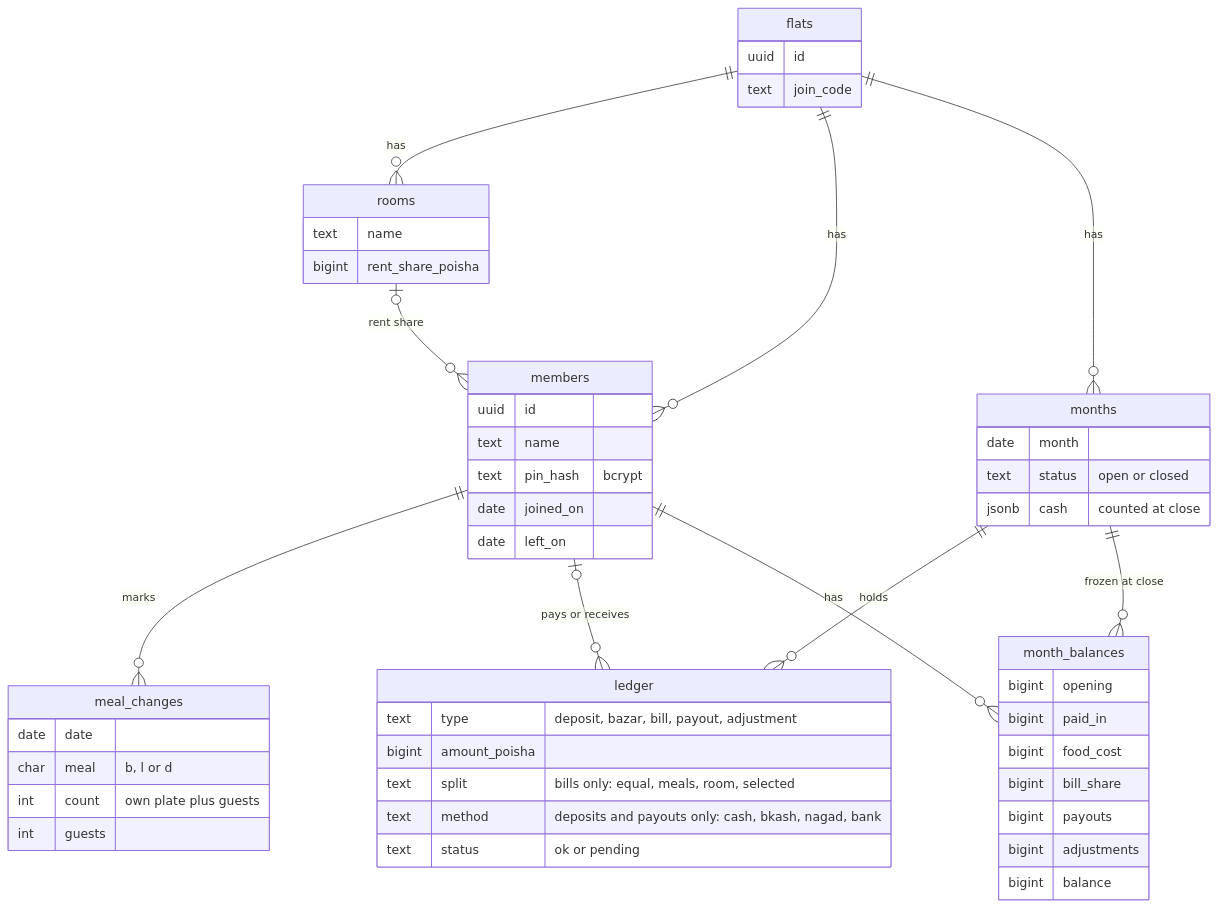
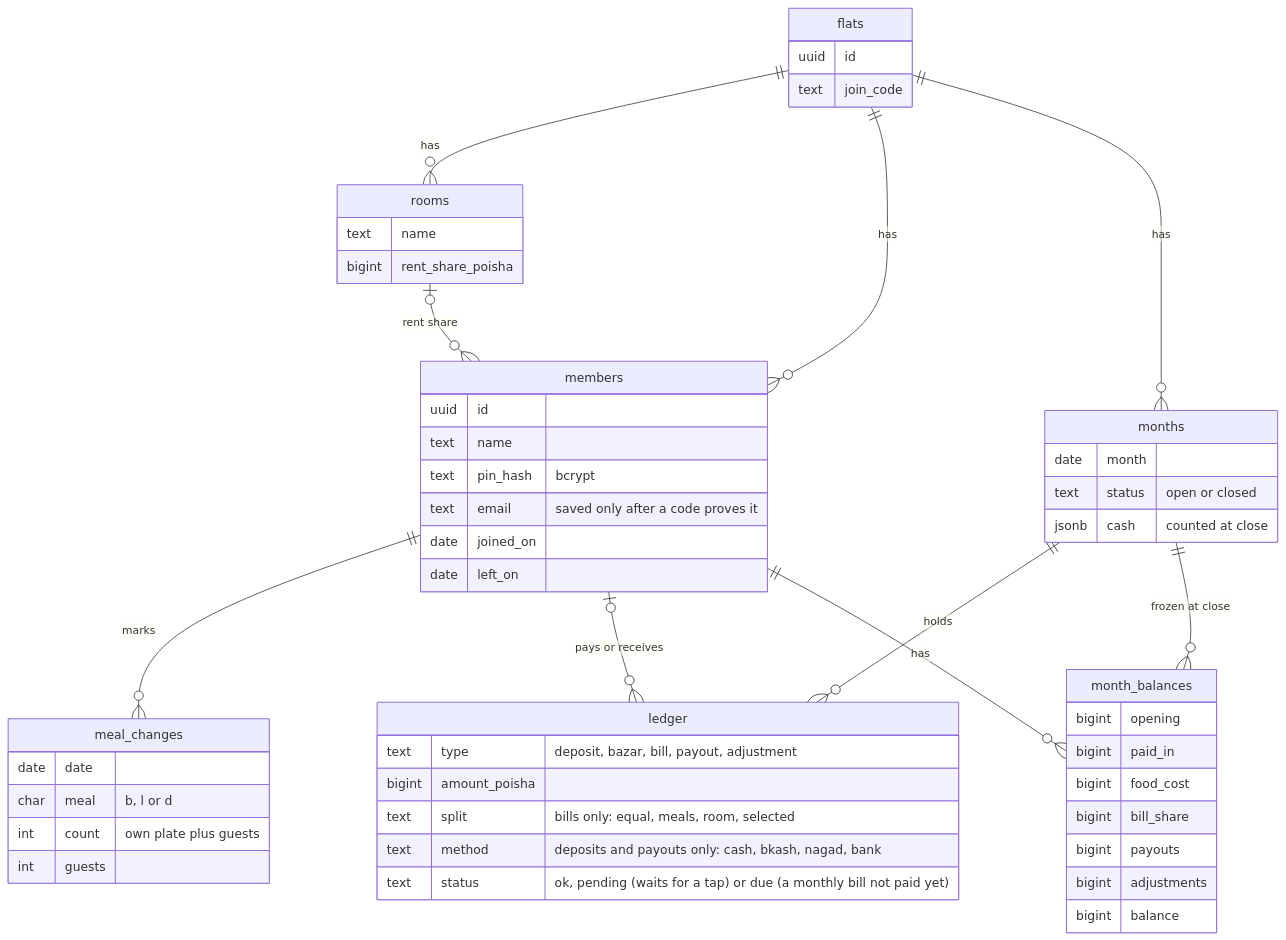
One commit to 07fahim/bashabook changed the second of 3 diagrams in README.md. Above: the diagram before and after it, drawn with Mermaid. The commit also changed other lines of this file, not shown here.

Commit message:
README: email sign-in and recovery, bazar checks, due bills, live updates, bell, reminders mute, env and limits

````diff
--- a/README.md
+++ b/README.md
@@ -77,54 +79,55 @@
 ```mermaid
 erDiagram
   flats ||--o{ rooms : has
   flats ||--o{ members : has
   flats ||--o{ months : has
   rooms |o--o{ members : "rent share"
   members ||--o{ meal_changes : marks
   months ||--o{ ledger : holds
   members |o--o{ ledger : "pays or receives"
   months ||--o{ month_balances : "frozen at close"
   members ||--o{ month_balances : has
   flats {
     uuid id
     text join_code
   }
   rooms {
     text name
     bigint rent_share_poisha
   }
   members {
     uuid id
     text name
     text pin_hash "bcrypt"
+    text email "saved only after a code proves it"
     date joined_on
     date left_on
   }
   meal_changes {
     date date
     char meal "b, l or d"
     int count "own plate plus guests"
     int guests
   }
   months {
     date month
     text status "open or closed"
     jsonb cash "counted at close"
   }
   ledger {
     text type "deposit, bazar, bill, payout, adjustment"
     bigint amount_poisha
     text split "bills only: equal, meals, room, selected"
     text method "deposits and payouts only: cash, bkash, nagad, bank"
-    text status "ok or pending"
+    text status "ok, pending (waits for a tap) or due (a monthly bill not paid yet)"
   }
   month_balances {
     bigint opening
     bigint paid_in
     bigint food_cost
     bigint bill_share
     bigint payouts
     bigint adjustments
     bigint balance
   }
 ```
````
